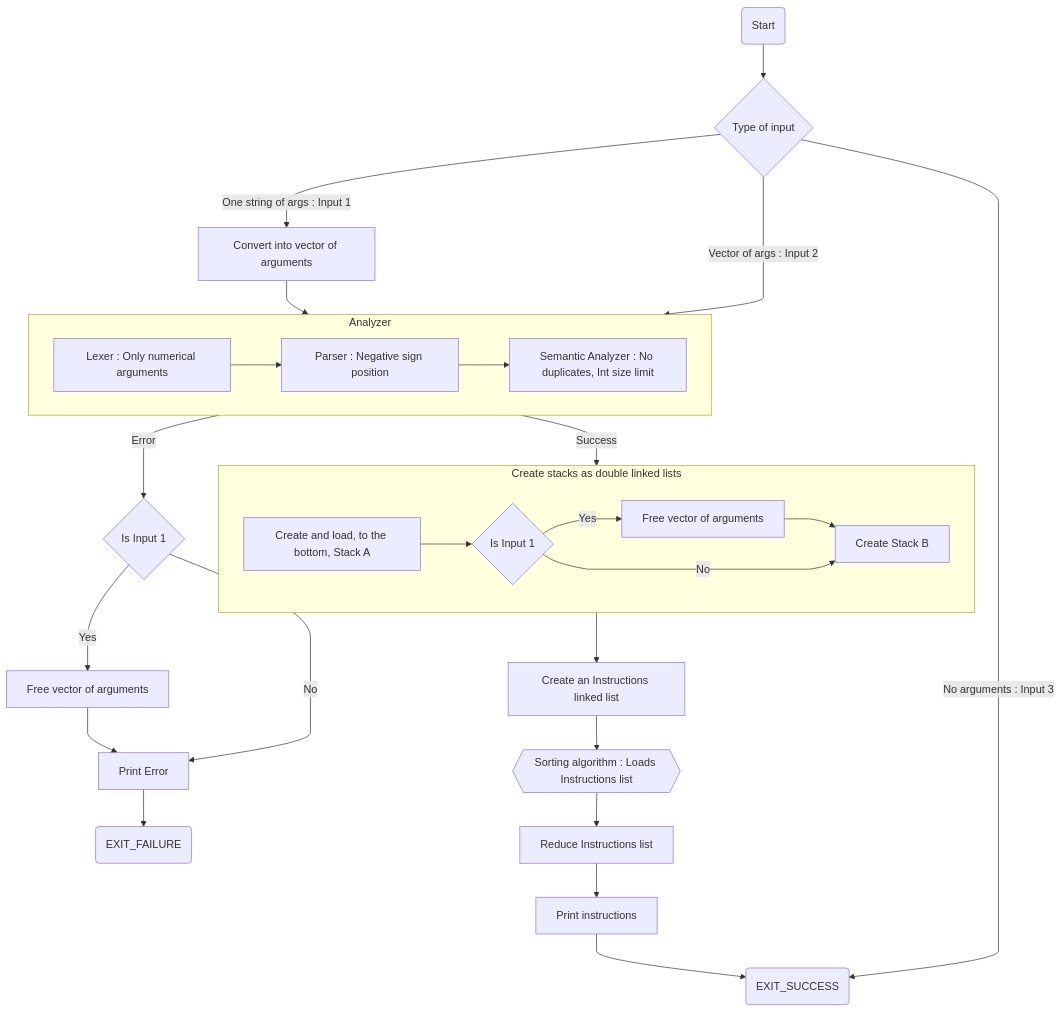
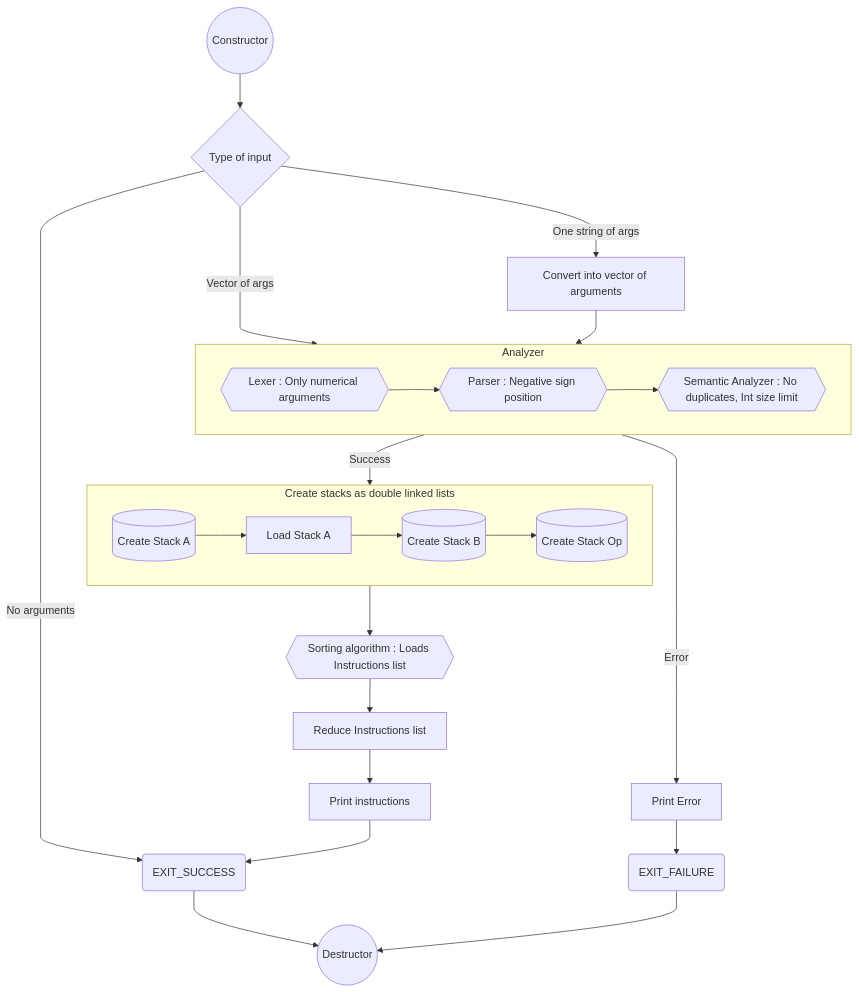
The diagram in docs/README.md (3lsy/push_swap), drawn with Mermaid before and after one commit.

````diff
--- a/docs/README.md
+++ b/docs/README.md
@@ -10,32 +10,29 @@
 ```mermaid
 %%{ init: { 'flowchart': { 'curve': 'monotoneY' } } }%%
 flowchart TD
-    Start(Start) --> input{Type of input}
-    input -- One string of args : Input 1 --> oneArgs[Convert into vector of arguments]
-    input -- Vector of args : Input 2 --> Analyzer
-    input -- No arguments : Input 3 --> ExitSuccess(EXIT_SUCCESS)
+    Start((Constructor)) --> input{Type of input}
+    input -- One string of args --> oneArgs[Convert into vector of arguments]
+    input -- Vector of args --> Analyzer
+    input -- No arguments --> ExitSuccess(EXIT_SUCCESS)
     oneArgs --> Analyzer
     subgraph Analyzer
-    Lexer[Lexer : Only numerical arguments] --> Parser[Parser : Negative sign position]
-    Parser --> Semantic[Semantic Analyzer : No duplicates, Int size limit]
+    Lexer{{Lexer : Only numerical arguments}} --> Parser{{Parser : Negative sign position}}
+    Parser --> Semantic{{Semantic Analyzer : No duplicates, Int size limit}}
     end
-    Analyzer -- Error --> IsOne{Is Input 1}
-    IsOne -- Yes --> FreeVec[Free vector of arguments]
-    IsOne -- No --> Perror[Print Error]
-    FreeVec --> Perror
+    Analyzer -- Error --> Perror[Print Error]
     Perror --> ExitError(EXIT_FAILURE)
     Analyzer -- Success --> Stacks
 
     subgraph Stacks[Create stacks as double linked lists]
-    StackA[Create and load, to the bottom, Stack A] --> isOne{Is Input 1}
-    isOne -- Yes --> freeVec[Free vector of arguments]
-    freeVec --> StackB
-    isOne -- No --> StackB[Create Stack B]
+    StackA[(Create Stack A)] --> lsa[Load Stack A]
+    lsa --> StackB[(Create Stack B)]
+    StackB --> ListInstruct[(Create Stack Op)]
     end
-    Stacks --> ListInstruct[Create an Instructions linked list]
-    ListInstruct --> Sort{{Sorting algorithm : Loads Instructions list}}
+    Stacks --> Sort{{Sorting algorithm : Loads Instructions list}}
     Sort --> Reduce[Reduce Instructions list]
     Reduce --> printInstruct[Print instructions]
     printInstruct -->  ExitSuccess
+    ExitSuccess --> Destructor((Destructor))
+    ExitError --> Destructor
 
 ```
````
